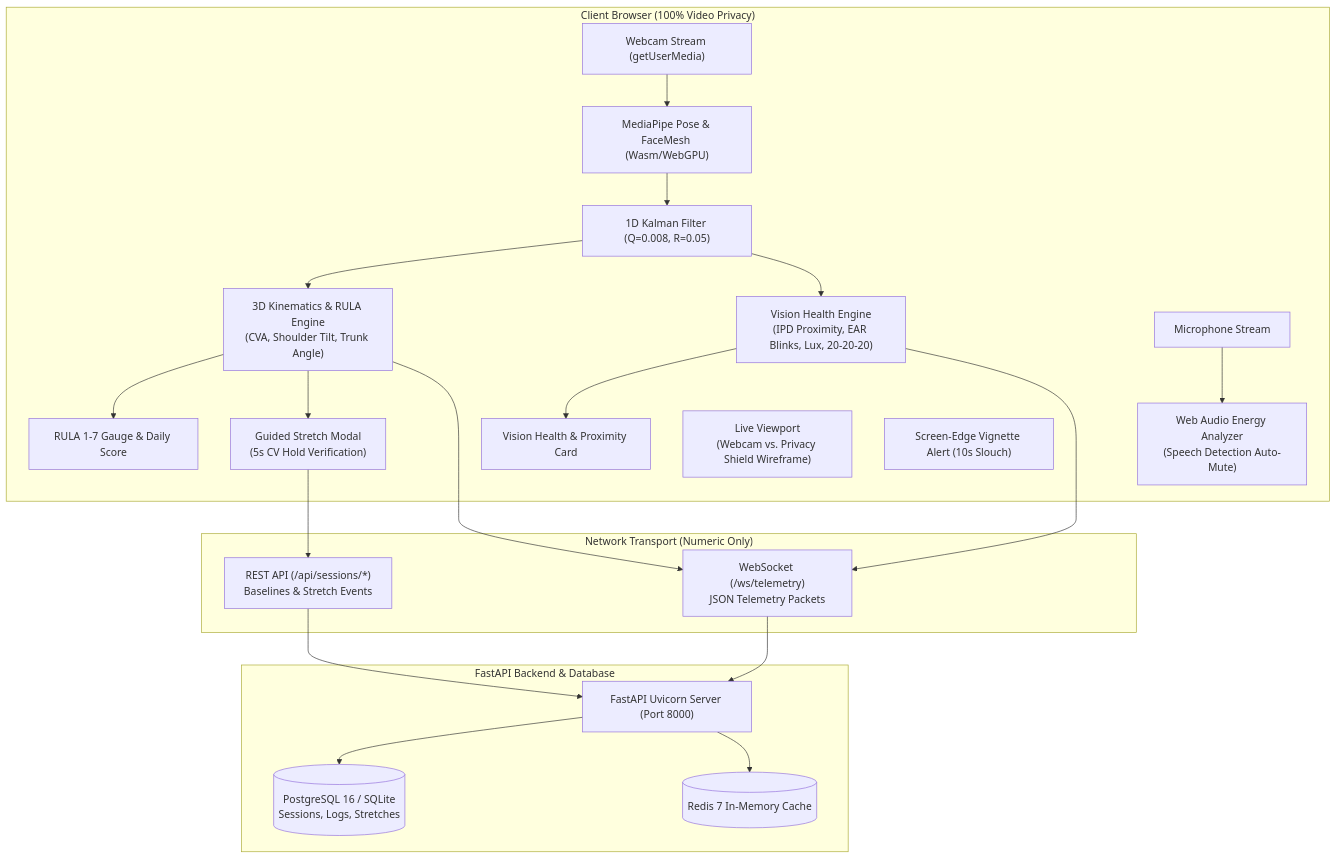
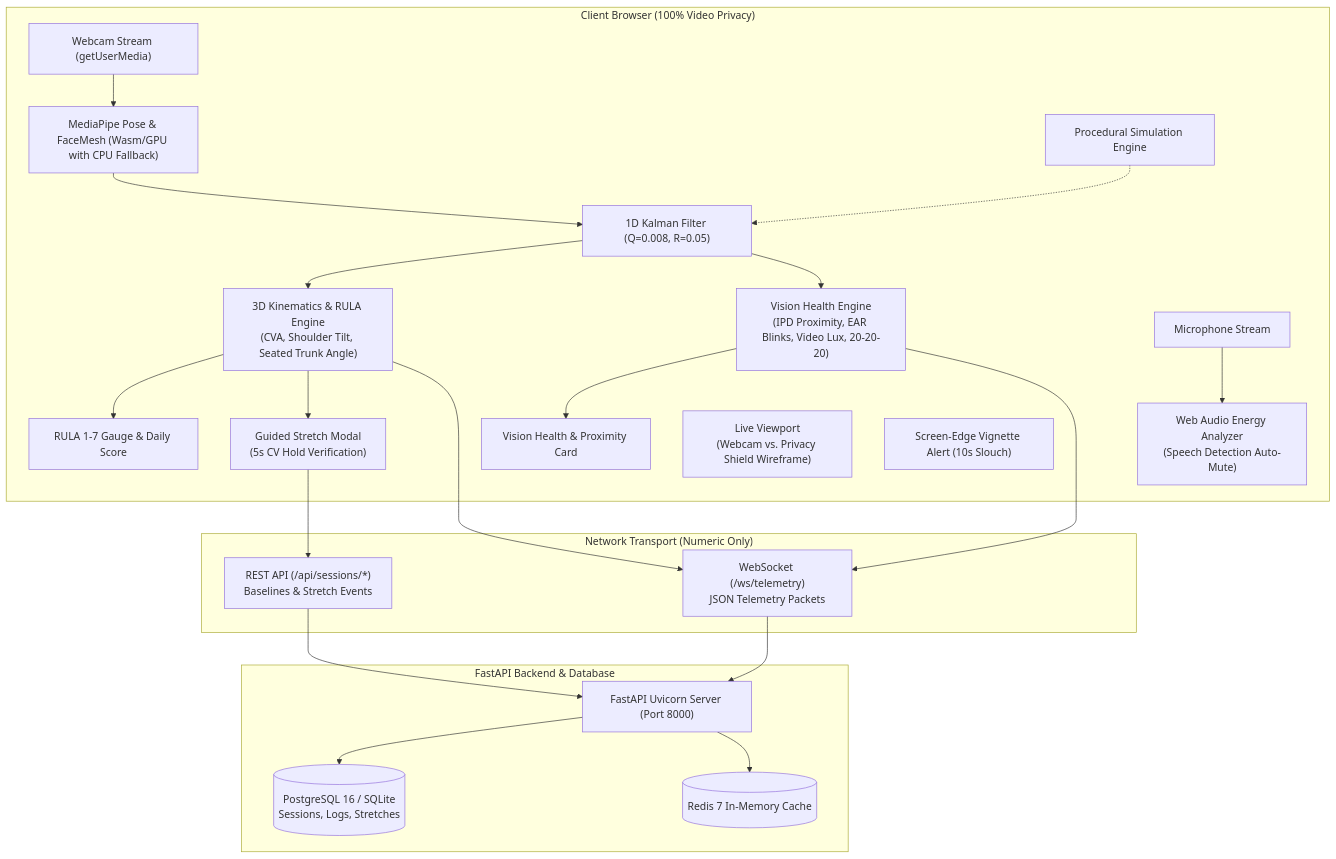
One commit to sp5900638-max/ErgoVision changed the diagram in README.md. Above: the diagram before and after it, drawn with Mermaid. The commit also changed other lines of this file and 8 other files, not shown here.

Commit message:
fix(vision): resolve inference startup race, add GPU-to-CPU fallback, dynamic canvas overlay, and simulation mode

````diff
--- a/README.md
+++ b/README.md
@@ -15,38 +15,39 @@
 ```mermaid
 flowchart TD
     subgraph Client ["Client Browser (100% Video Privacy)"]
-        Cam["Webcam Stream (getUserMedia)"] --> MP["MediaPipe Pose & FaceMesh (Wasm/WebGPU)"]
+        Cam["Webcam Stream (getUserMedia)"] --> MP["MediaPipe Pose & FaceMesh (Wasm/GPU with CPU Fallback)"]
+        Sim["Procedural Simulation Engine"] -.-> KF
         MP --> KF["1D Kalman Filter (Q=0.008, R=0.05)"]
         
-        KF --> Kinematics["3D Kinematics & RULA Engine\n(CVA, Shoulder Tilt, Trunk Angle)"]
-        KF --> Vision["Vision Health Engine\n(IPD Proximity, EAR Blinks, Lux, 20-20-20)"]
+        KF --> Kinematics["3D Kinematics & RULA Engine\n(CVA, Shoulder Tilt, Seated Trunk Angle)"]
+        KF --> Vision["Vision Health Engine\n(IPD Proximity, EAR Blinks, Video Lux, 20-20-20)"]
         
         Mic["Microphone Stream"] --> Audio["Web Audio Energy Analyzer\n(Speech Detection Auto-Mute)"]
         
         Kinematics --> RULACard["RULA 1-7 Gauge & Daily Score"]
         Kinematics --> Stretch["Guided Stretch Modal\n(5s CV Hold Verification)"]
         Vision --> VisionCard["Vision Health & Proximity Card"]
         
         Canvas["Live Viewport\n(Webcam vs. Privacy Shield Wireframe)"]
         Vignette["Screen-Edge Vignette Alert (10s Slouch)"]
     end
 
     subgraph Transport ["Network Transport (Numeric Only)"]
         WS["WebSocket (/ws/telemetry)\nJSON Telemetry Packets"]
         REST["REST API (/api/sessions/*)\nBaselines & Stretch Events"]
     end
 
     subgraph Backend ["FastAPI Backend & Database"]
         FastAPI["FastAPI Uvicorn Server (Port 8000)"]
         DB[(PostgreSQL 16 / SQLite\nSessions, Logs, Stretches)]
         Cache[(Redis 7 In-Memory Cache)]
         FastAPI --> DB
         FastAPI --> Cache
     end
 
     Kinematics --> WS
     Vision --> WS
     WS --> FastAPI
     Stretch --> REST
     REST --> FastAPI
 ```
````
